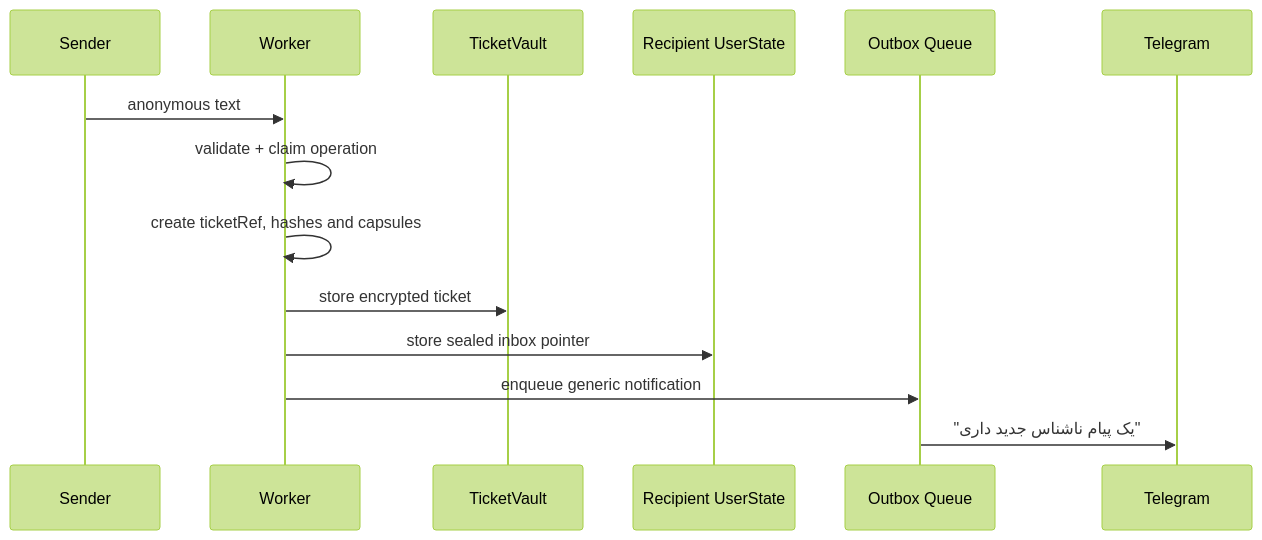
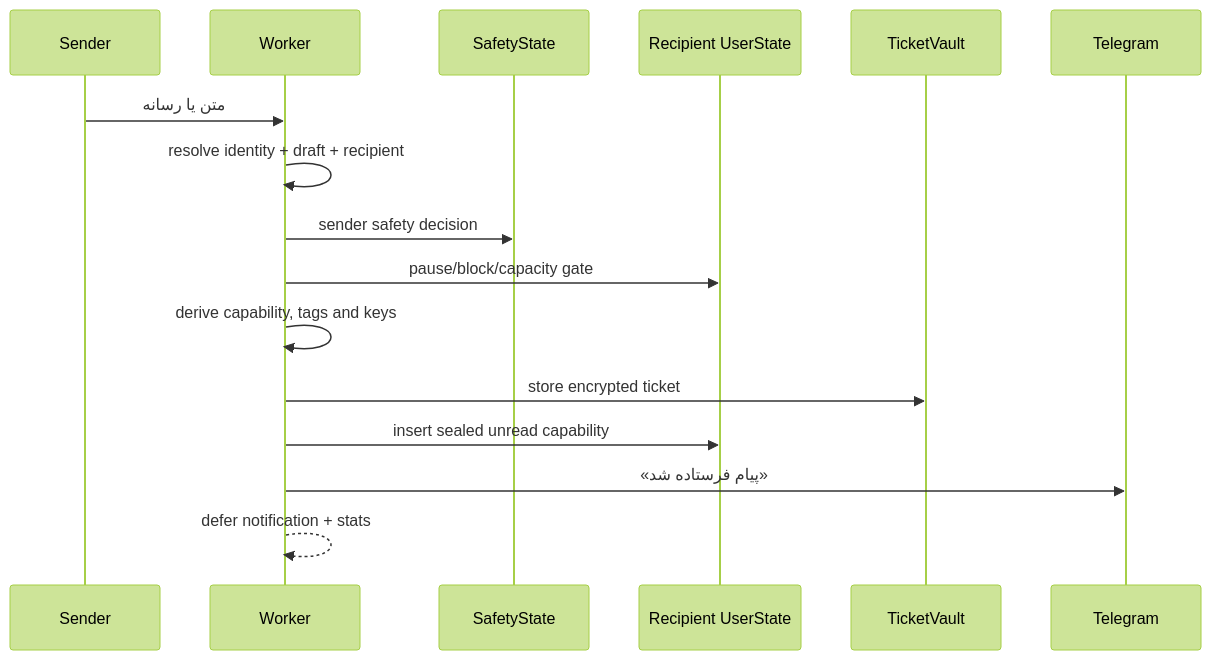
The second of 2 diagrams in content/fa/lab/nekonymous-anonymous-messaging-technical-lab.md (mohetios/mohetios.dev), drawn with Mermaid (forest theme) before and after one commit. The commit also changed other lines of this file, not shown here.

Commit message:
Revise Nekonymous Persian technical lab for sealed-inbox release

````diff
--- a/content/fa/lab/nekonymous-anonymous-messaging-technical-lab.md
+++ b/content/fa/lab/nekonymous-anonymous-messaging-technical-lab.md
@@ -355,17 +400,19 @@
 ```mermaid
 sequenceDiagram
   participant S as Sender
   participant W as Worker
+  participant SS as SafetyState
+  participant US as Recipient UserState
   participant TV as TicketVault
-  participant US as Recipient UserState
-  participant Q as Outbox Queue
   participant T as Telegram
 
-  S->>W: anonymous text
-  W->>W: validate + claim operation
-  W->>W: create ticketRef, hashes and capsules
+  S->>W: متن یا رسانه
+  W->>W: resolve identity + draft + recipient
+  W->>SS: sender safety decision
+  W->>US: pause/block/capacity gate
+  W->>W: derive capability, tags and keys
   W->>TV: store encrypted ticket
-  W->>US: store sealed inbox pointer
-  W->>Q: enqueue generic notification
-  Q->>T: "یک پیام ناشناس جدید داری"
+  W->>US: insert sealed unread capability
+  W->>T: «پیام فرستاده شد»
+  W-->>W: defer notification + stats
 ```
````
